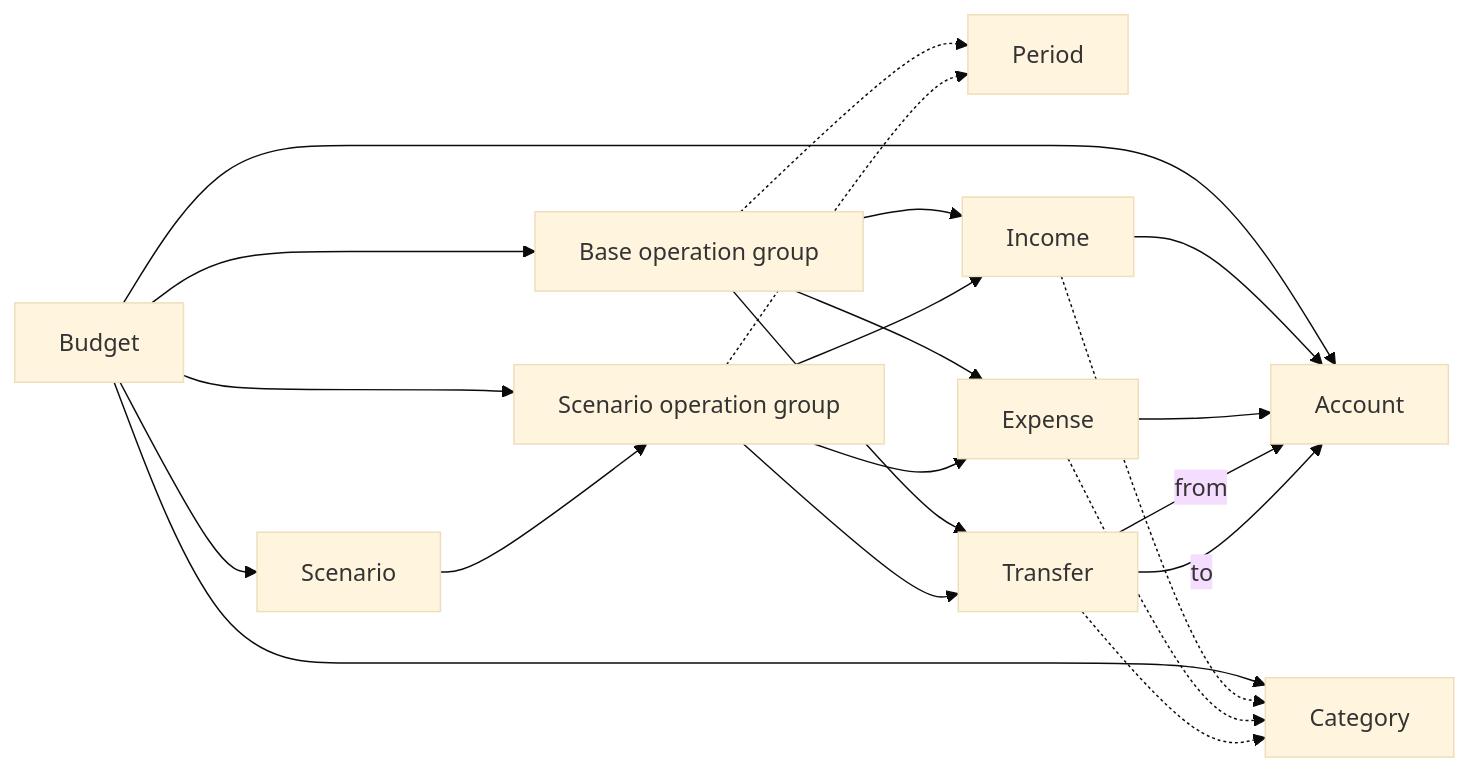
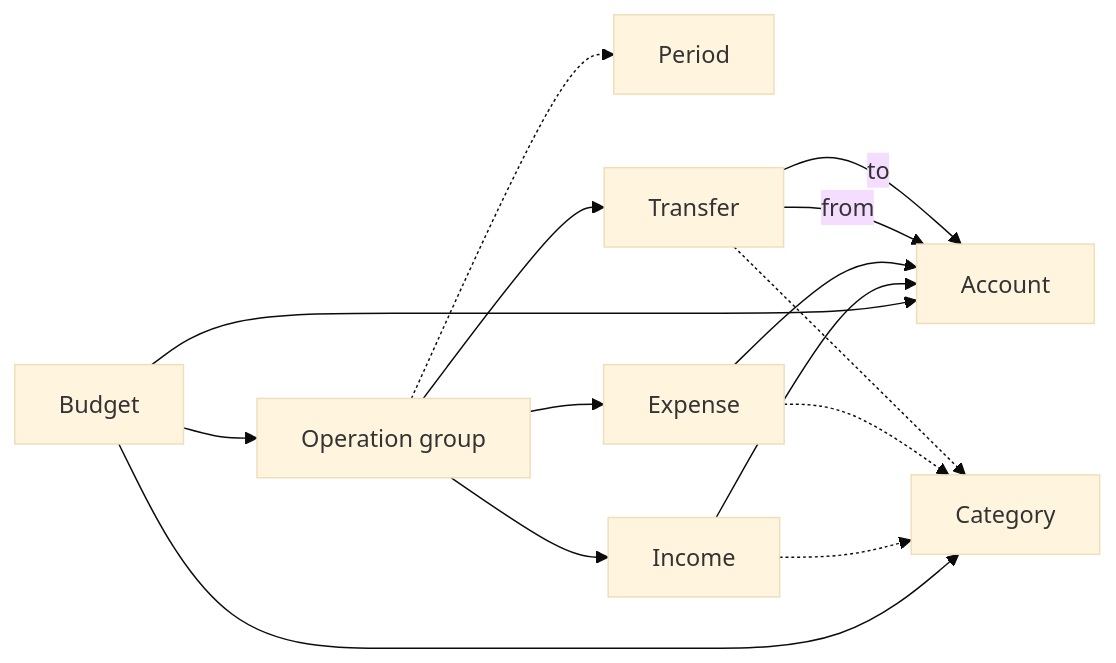
Before and after one commit to radynsade/faryengo: the diagram in docs/domain.md, drawn with Mermaid (base theme). The commit also changed other lines of this file and 9 other files, not shown here.

````diff
--- a/docs/domain.md
+++ b/docs/domain.md
@@ -15,35 +31,26 @@
 ```mermaid
 flowchart LR
     Budget[Budget]
     Account[Account]
-    Scenario[Scenario]
     Category[Category]
     Period[Period]
-    BaseGroup[Base operation group]
-    ScenarioGroup[Scenario operation group]
+    OperationGroup[Operation group]
     Income[Income]
     Expense[Expense]
     Transfer[Transfer]
 
     Budget --> Account
-    Budget --> Scenario
     Budget --> Category
-    Budget --> BaseGroup
-    Budget --> ScenarioGroup
-    BaseGroup -.-> Period
-    ScenarioGroup -.-> Period
-    Scenario --> ScenarioGroup
-    BaseGroup --> Income
-    BaseGroup --> Expense
-    BaseGroup --> Transfer
-    ScenarioGroup --> Income
-    ScenarioGroup --> Expense
-    ScenarioGroup --> Transfer
+    Budget --> OperationGroup
+    OperationGroup -.-> Period
+    OperationGroup --> Income
+    OperationGroup --> Expense
+    OperationGroup --> Transfer
     Income --> Account
     Expense --> Account
     Transfer -->|from| Account
     Transfer -->|to| Account
     Income -.-> Category
     Expense -.-> Category
     Transfer -.-> Category
 ```
````
